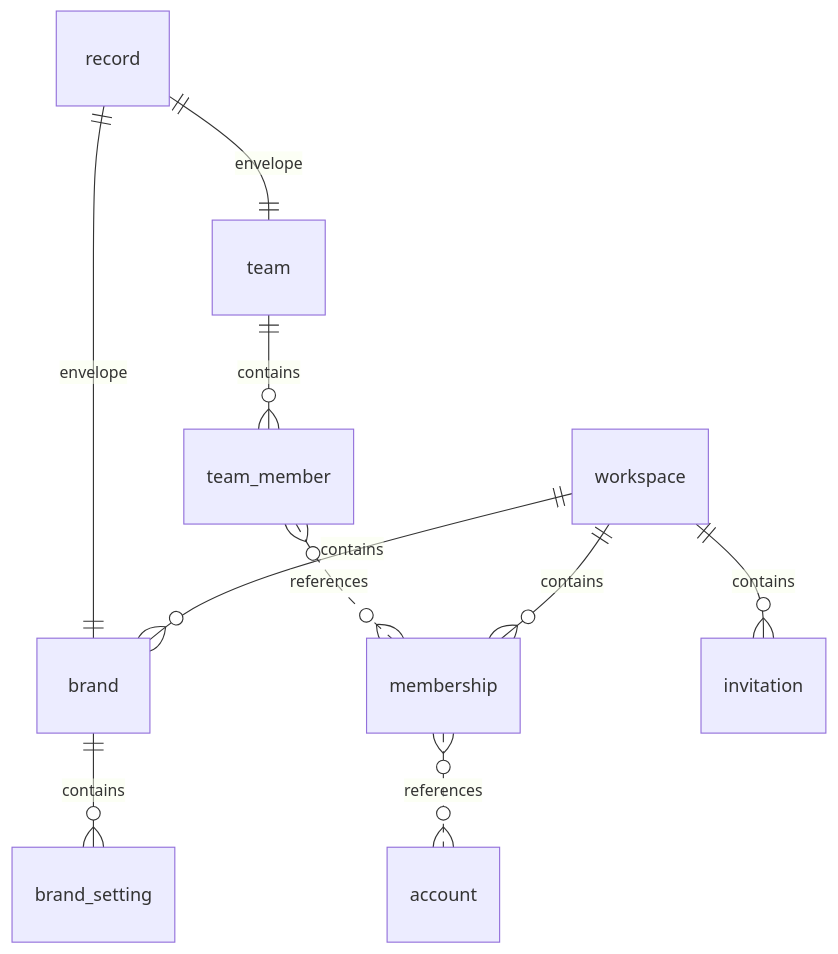
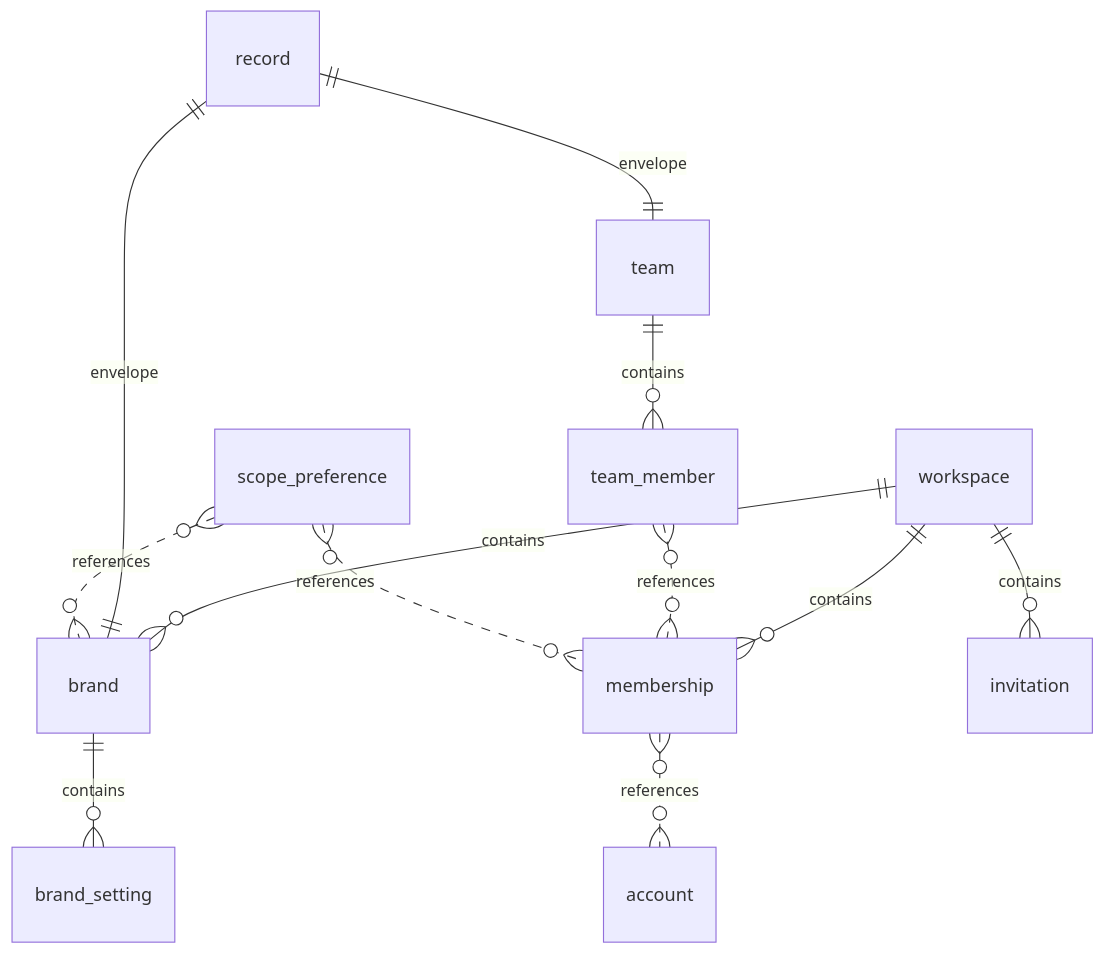
The fourth of 30 diagrams in docs/architecture/data/generated/er-diagrams.md (KatrielMoses/pm), drawn with Mermaid before and after one commit. The commit also changed 103 other files, not shown here.

````diff
--- a/docs/architecture/data/generated/er-diagrams.md
+++ b/docs/architecture/data/generated/er-diagrams.md
@@ -35,12 +35,14 @@
 ```mermaid
 erDiagram
   workspace ||--o{ brand : "contains"
   record ||--|| brand : "envelope"
   workspace ||--o{ membership : "contains"
   membership }o..o{ account : "references"
   record ||--|| team : "envelope"
   team ||--o{ team_member : "contains"
   team_member }o..o{ membership : "references"
   workspace ||--o{ invitation : "contains"
   brand ||--o{ brand_setting : "contains"
+  scope_preference }o..o{ membership : "references"
+  scope_preference }o..o{ brand : "references"
 ```
````
